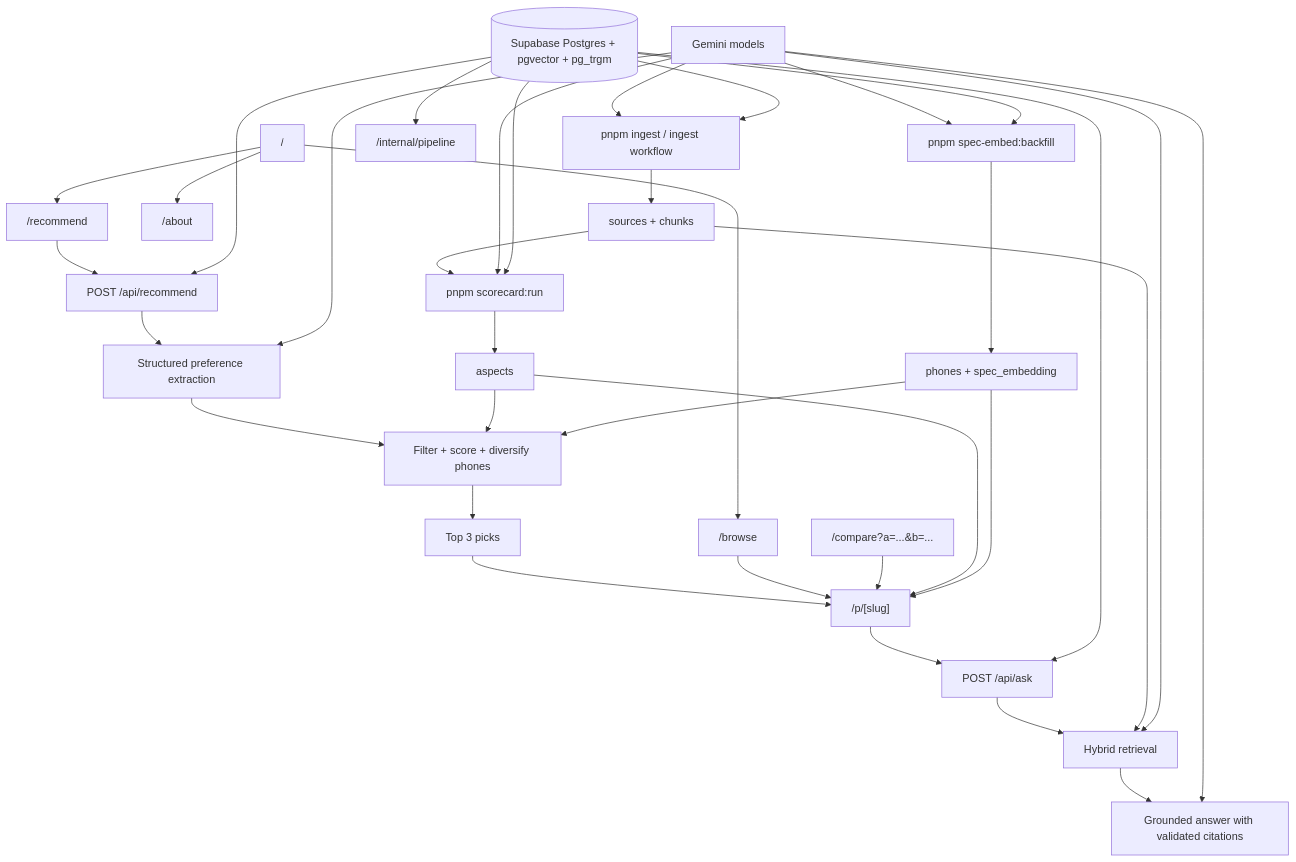
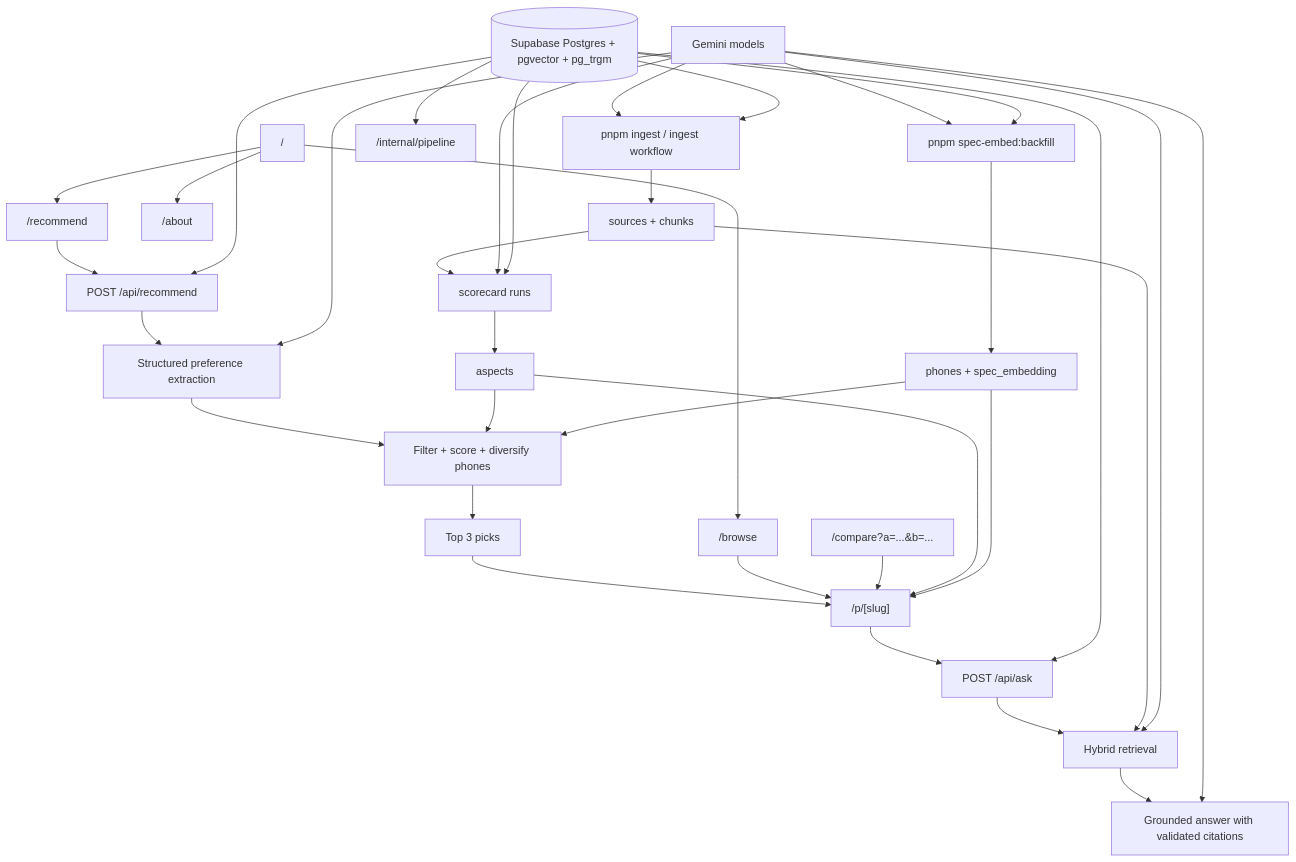
The first of 5 diagrams in docs/RECSY_V2_PROJECT_GUIDE.md (rohang1411/RECSY), drawn with Mermaid before and after one commit. The commit also changed other lines of this file and 17 other files, not shown here.

````diff
--- a/docs/RECSY_V2_PROJECT_GUIDE.md
+++ b/docs/RECSY_V2_PROJECT_GUIDE.md
@@ -226,44 +226,44 @@
 ```mermaid
 flowchart TD
   Home["/"] --> Recommend["/recommend"]
   Home --> Browse["/browse"]
   Home --> About["/about"]
 
   Recommend --> APIRecommend["POST /api/recommend"]
   APIRecommend --> Extract["Structured preference extraction"]
   Extract --> Rank["Filter + score + diversify phones"]
   Rank --> Picks["Top 3 picks"]
 
   Picks --> Phone["/p/[slug]"]
   Browse --> Phone
   Compare["/compare?a=...&b=..."] --> Phone
 
   Phone --> APIAsk["POST /api/ask"]
   APIAsk --> Hybrid["Hybrid retrieval"]
   Hybrid --> Answer["Grounded answer with validated citations"]
 
   Ingest["pnpm ingest / ingest workflow"] --> Sources["sources + chunks"]
-  Scorecard["pnpm scorecard:run"] --> Aspects["aspects"]
+  Scorecard["scorecard runs"] --> Aspects["aspects"]
   SpecEmbed["pnpm spec-embed:backfill"] --> Phones["phones + spec_embedding"]
 
   Sources --> Hybrid
   Sources --> Scorecard
   Aspects --> Rank
   Aspects --> Phone
   Phones --> Rank
   Phones --> Phone
 
   Gemini["Gemini models"] --> Extract
   Gemini --> Answer
   Gemini --> Hybrid
   Gemini --> Scorecard
   Gemini --> Ingest
   Gemini --> SpecEmbed
 
   DB[("Supabase Postgres + pgvector + pg_trgm")] --> APIRecommend
   DB --> APIAsk
   DB --> Scorecard
   DB --> Ingest
   DB --> SpecEmbed
   DB --> PipelineDash["/internal/pipeline"]
 ```
````
